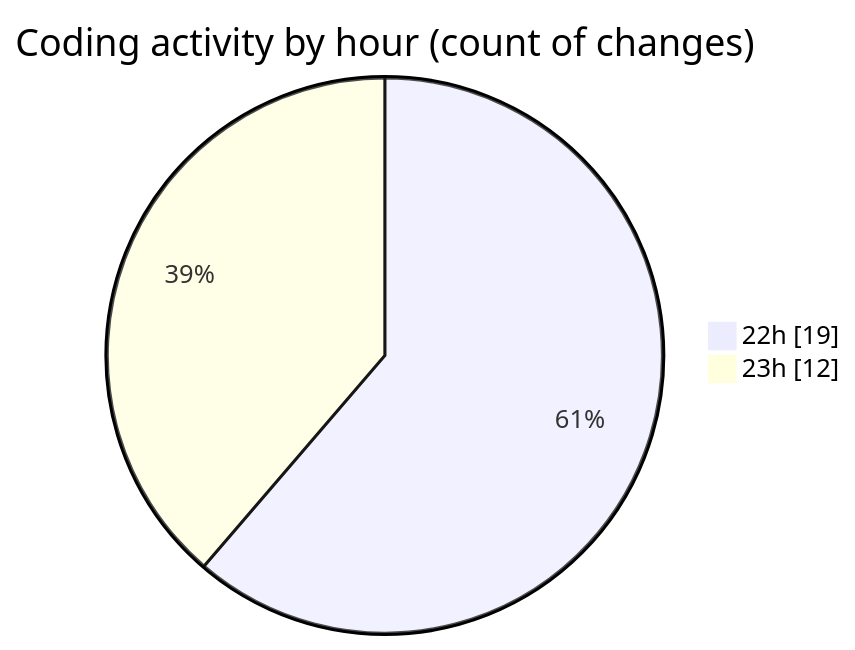
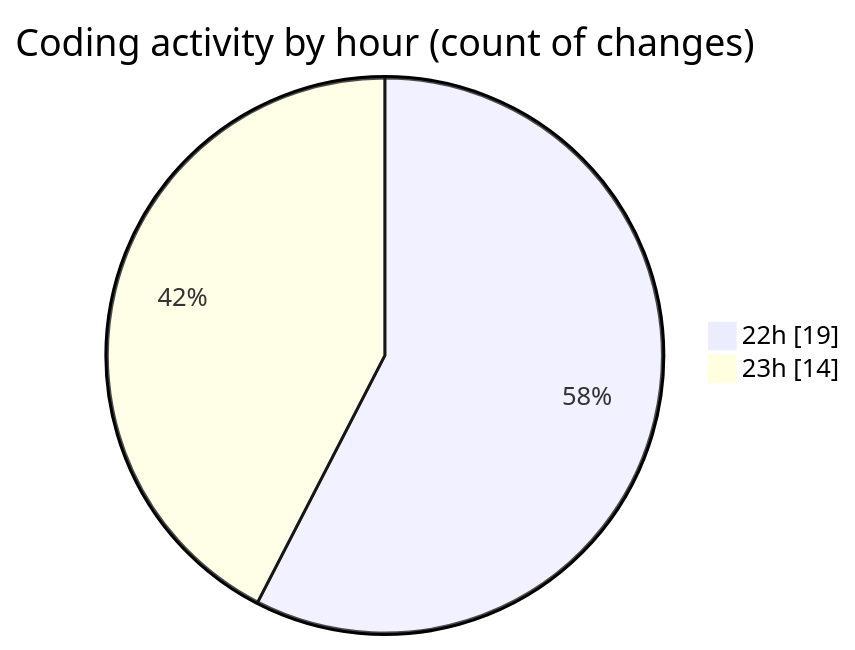
The second of 2 diagrams in 2025-08-20/napxuvn/README.md (lephambinh05/code-tracking), drawn with Mermaid before and after one commit. The commit also changed other lines of this file and 1 other file, not shown here.

````diff
--- a/2025-08-20/napxuvn/README.md
+++ b/2025-08-20/napxuvn/README.md
@@ -37,6 +37,6 @@
 ```mermaid
 pie showData
 title Coding activity by hour (count of changes)
 "22h" : 19
-"23h" : 12
+"23h" : 14
 ```
````
